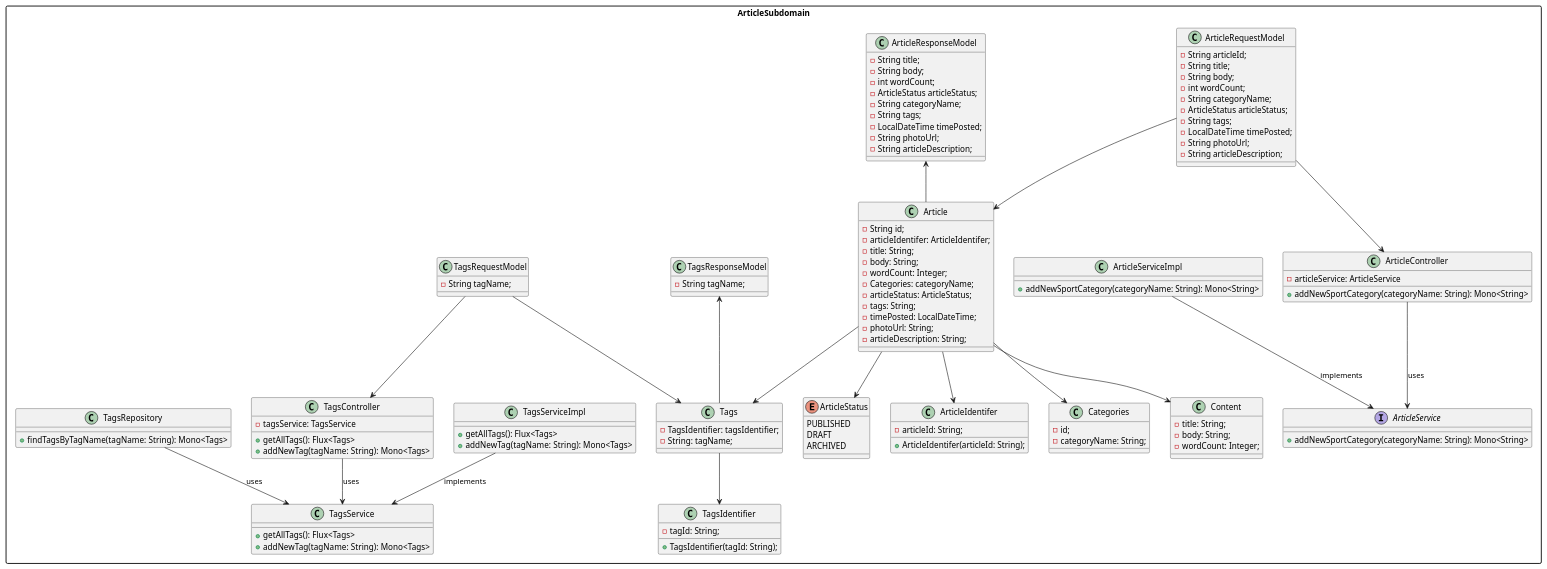
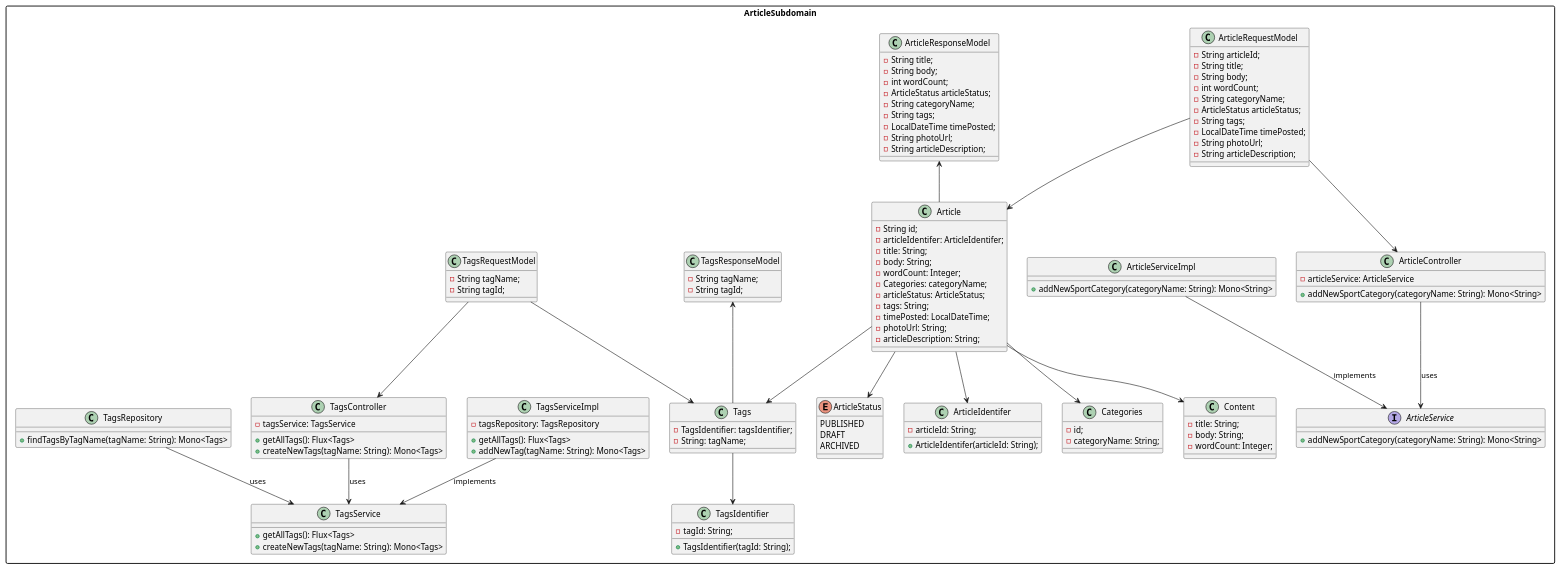
Before and after one commit to Valthefirst/league_alerts-ChamplainECP: the diagram in Diagrams/Sprints/Sprint4-Diagrams/DLCD/DLCDCreateNewTags.puml, drawn with PlantUML. The commit also changed 6 other files, not shown here.

Commit message:
Added diagrams for realated methods

```diff
--- a/Diagrams/Sprints/Sprint4-Diagrams/DLCD/DLCDCreateNewTags.puml
+++ b/Diagrams/Sprints/Sprint4-Diagrams/DLCD/DLCDCreateNewTags.puml
@@ -1,145 +1,150 @@
 @startuml editArticles
 skinparam packageStyle rectangle
 
 package "ArticleSubdomain" {
 
     class ArticleController {
         -articleService: ArticleService
        + addNewSportCategory(categoryName: String): Mono<String>
 
     }
 
     class ArticleResponseModel {
         - String title;
         - String body;
         - int wordCount;
         - ArticleStatus articleStatus;
         - String categoryName;
         - String tags;
         - LocalDateTime timePosted;
         - String photoUrl;
         - String articleDescription;
     }
 
     class ArticleRequestModel {
         - String articleId;
         - String title;
         - String body;
         - int wordCount;
         - String categoryName;
         - ArticleStatus articleStatus;
         - String tags;
         - LocalDateTime timePosted;
         - String photoUrl;
         - String articleDescription;
     }
 
     interface ArticleService {
          + addNewSportCategory(categoryName: String): Mono<String>
     }
 
     class ArticleServiceImpl {
         + addNewSportCategory(categoryName: String): Mono<String>
 
     }
 
     class Article {
         - String id;
         - articleIdentifer: ArticleIdentifer;
         - title: String;
         - body: String;
         - wordCount: Integer;
         - Categories: categoryName;
         - articleStatus: ArticleStatus;
         - tags: String;
         - timePosted: LocalDateTime;
         - photoUrl: String;
         - articleDescription: String;
     }
 
     class Categories {
         - id;
         - categoryName: String;
     }
 
     class Content {
         - title: String;
         - body: String;
         - wordCount: Integer;
     }
 
     enum ArticleStatus {
         PUBLISHED
         DRAFT
         ARCHIVED
     }
 
     class ArticleIdentifer {
         - articleId: String;
         + ArticleIdentifer(articleId: String);
     }
 
     class Tags{
         - TagsIdentifier: tagsIdentifier;
         - String: tagName;
     }
 
     class TagsIdentifier{
         - tagId: String;
         + TagsIdentifier(tagId: String);
     }
 
    class TagsRepository{
         + findTagsByTagName(tagName: String): Mono<Tags>
     }
 
     class TagsService{
+
         + getAllTags(): Flux<Tags>
-        + addNewTag(tagName: String): Mono<Tags>
+        + createNewTags(tagName: String): Mono<Tags>
     }
 
     class TagsServiceImpl{
+     - tagsRepository: TagsRepository
+
         + getAllTags(): Flux<Tags>
         + addNewTag(tagName: String): Mono<Tags>
     }
 
     class TagsController{
         - tagsService: TagsService
         + getAllTags(): Flux<Tags>
-        + addNewTag(tagName: String): Mono<Tags>
+        + createNewTags(tagName: String): Mono<Tags>
     }
 
     class TagsResponseModel{
         - String tagName;
+        - String tagId;
     }
 
     class TagsRequestModel{
         - String tagName;
+        - String tagId;
     }
 
     TagsResponseModel <-- Tags
     TagsRequestModel --> Tags
     TagsController --> TagsService : uses
     TagsServiceImpl --> TagsService : implements
     TagsRepository --> TagsService : uses
 
     TagsRequestModel --> TagsController
 
     Tags --> TagsIdentifier
 
 
     ArticleResponseModel <-- Article
     ArticleRequestModel --> Article
     ArticleController --> ArticleService : uses
     ArticleServiceImpl --> ArticleService : implements
 
     ArticleRequestModel --> ArticleController
     Article --> ArticleIdentifer
     Article --> Content
     Article --> ArticleStatus
     Article --> Categories
 
     Article --> Tags
 }
 
 @enduml
```
